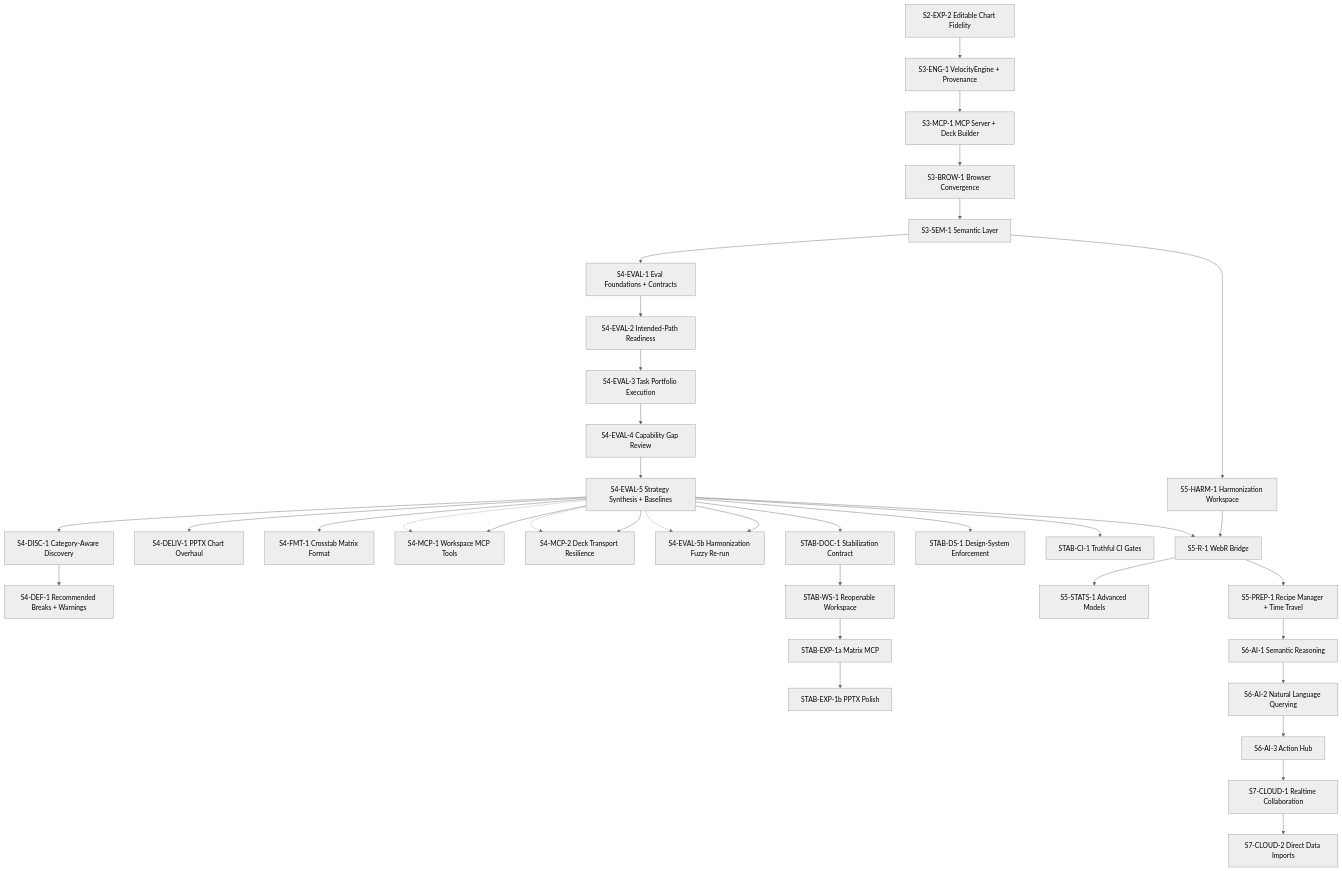
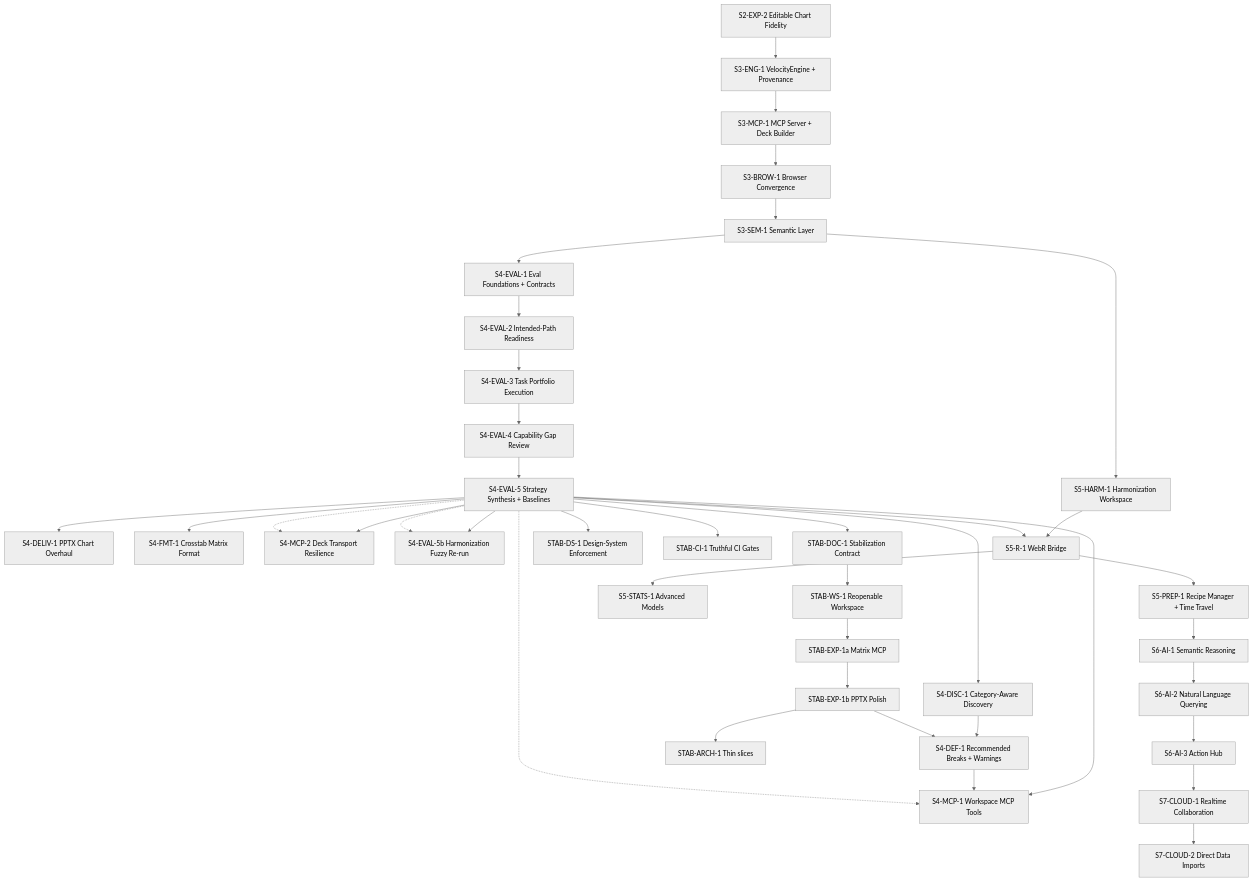
The diagram in docs/tracker_00_implementation_status.md (cbrown564-alt/Velocity), drawn with Mermaid (neutral theme) before and after one commit. The commit also changed other lines of this file and 3 other files, not shown here.

````diff
--- a/docs/tracker_00_implementation_status.md
+++ b/docs/tracker_00_implementation_status.md
@@ -36,45 +36,48 @@
 ```mermaid
 graph TD
   S2EXP2["S2-EXP-2 Editable Chart Fidelity"] --> S3ENG1["S3-ENG-1 VelocityEngine + Provenance"]
   S3ENG1 --> S3MCP1["S3-MCP-1 MCP Server + Deck Builder"]
   S3MCP1 --> S3BROW1["S3-BROW-1 Browser Convergence"]
   S3BROW1 --> S3SEM1["S3-SEM-1 Semantic Layer"]
 
   S3SEM1 --> S4EVAL1["S4-EVAL-1 Eval Foundations + Contracts"]
   S4EVAL1 --> S4EVAL2["S4-EVAL-2 Intended-Path Readiness"]
   S4EVAL2 --> S4EVAL3["S4-EVAL-3 Task Portfolio Execution"]
   S4EVAL3 --> S4EVAL4["S4-EVAL-4 Capability Gap Review"]
   S4EVAL4 --> S4EVAL5["S4-EVAL-5 Strategy Synthesis + Baselines"]
 
   S4EVAL5 --> S4DISC1["S4-DISC-1 Category-Aware Discovery"]
   S4EVAL5 --> S4DELIV1["S4-DELIV-1 PPTX Chart Overhaul"]
   S4EVAL5 --> S4FMT1["S4-FMT-1 Crosstab Matrix Format"]
   S4EVAL5 --> S4MCP1["S4-MCP-1 Workspace MCP Tools"]
   S4EVAL5 --> S4MCP2["S4-MCP-2 Deck Transport Resilience"]
   S4EVAL5 --> S4EVAL5b["S4-EVAL-5b Harmonization Fuzzy Re-run"]
   S4DISC1 --> S4DEF1["S4-DEF-1 Recommended Breaks + Warnings"]
 
   S4EVAL5 --> STABDOC1["STAB-DOC-1 Stabilization Contract"]
   S4EVAL5 --> STABDS1["STAB-DS-1 Design-System Enforcement"]
   S4EVAL5 --> STABCI1["STAB-CI-1 Truthful CI Gates"]
   STABDOC1 --> STABWS1["STAB-WS-1 Reopenable Workspace"]
   STABWS1 --> STABEXPA["STAB-EXP-1a Matrix MCP"]
   STABEXPA --> STABEXPB["STAB-EXP-1b PPTX Polish"]
+  STABEXPB --> S4DEF1
+  S4DEF1 --> S4MCP1
+  STABEXPB --> STABARCH1["STAB-ARCH-1 Thin slices"]
 
   S4EVAL5 -.-> S4MCP1
   S4EVAL5 -.-> S4MCP2
   S4EVAL5 -.-> S4EVAL5b
 
   S3SEM1 --> S5HARM1["S5-HARM-1 Harmonization Workspace"]
   S5HARM1 --> S5R1["S5-R-1 WebR Bridge"]
   S4EVAL5 --> S5R1
   S5R1 --> S5STATS1["S5-STATS-1 Advanced Models"]
   S5R1 --> S5PREP1["S5-PREP-1 Recipe Manager + Time Travel"]
 
   S5PREP1 --> S6AI1["S6-AI-1 Semantic Reasoning"]
   S6AI1 --> S6AI2["S6-AI-2 Natural Language Querying"]
   S6AI2 --> S6AI3["S6-AI-3 Action Hub"]
 
   S6AI3 --> S7CLOUD1["S7-CLOUD-1 Realtime Collaboration"]
   S7CLOUD1 --> S7CLOUD2["S7-CLOUD-2 Direct Data Imports"]
 ```
````
